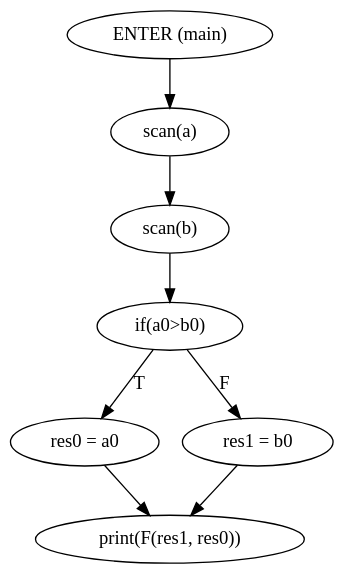
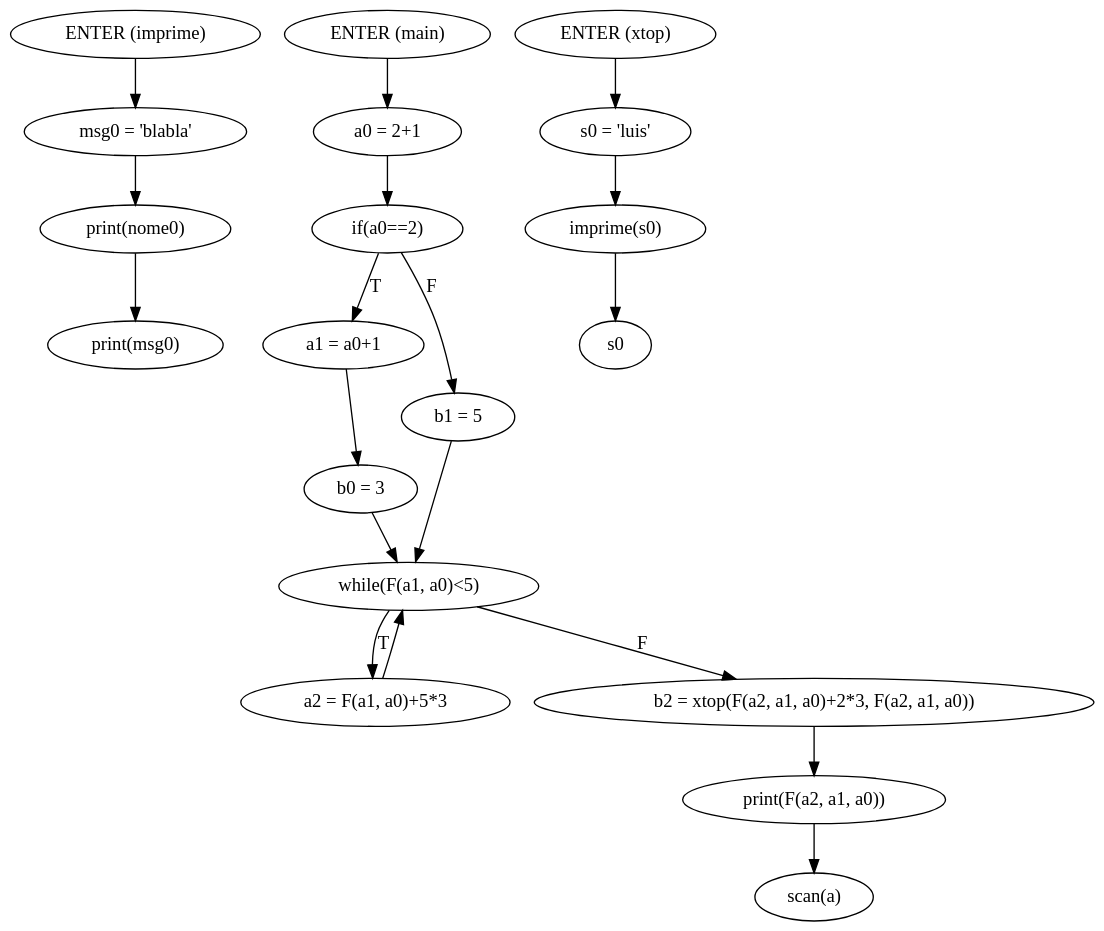
The diagram in Final/Cmb/WebSite/Gramatica/output/ssa.gv (MiguelCosta/ATS), drawn with Graphviz before and after one commit. The commit also changed 162 other files, not shown here.

```diff
--- a/Final/Cmb/WebSite/Gramatica/output/ssa.gv
+++ b/Final/Cmb/WebSite/Gramatica/output/ssa.gv
@@ -1,17 +1,40 @@
 digraph mainmapSSA {
 graph [bgcolor=transparent];
-"ENTER (main)"[label="ENTER (main)"];
+"ENTER (imprime)"[label="ENTER (imprime)"];
+"msg = 'blabla'"[label="msg0 = 'blabla'"];
+"print(nome)"[label="print(nome0)"];
+"print(msg)"[label="print(msg0)"];
+"ENTER (imprime)" -> "msg = 'blabla'";
+	"msg = 'blabla'" -> "print(nome)";
+	"print(nome)" -> "print(msg)";
+	"ENTER (main)"[label="ENTER (main)"];
+"a = 2+1"[label="a0 = 2+1"];
+"if(a==2)"[label="if(a0==2)"];
+"a = a+1"[label="a1 = a0+1"];
+"b = 3"[label="b0 = 3"];
+"b = 5"[label="b1 = 5"];
+"while(a<5)"[label="while(F(a1, a0)<5)"];
+"a = a+5*3"[label="a2 = F(a1, a0)+5*3"];
+"b = xtop(a+2*3, a)"[label="b2 = xtop(F(a2, a1, a0)+2*3, F(a2, a1, a0))"];
+"print(a)"[label="print(F(a2, a1, a0))"];
 "scan(a)"[label="scan(a)"];
-"scan(b)"[label="scan(b)"];
-"if(a>b)"[label="if(a0>b0)"];
-"res = a"[label="res0 = a0"];
-"res = b"[label="res1 = b0"];
-"print(res)"[label="print(F(res1, res0))"];
-"ENTER (main)" -> "scan(a)";
-	"scan(a)" -> "scan(b)";
-	"scan(b)" -> "if(a>b)";
-	"if(a>b)" -> "res = a"[label="T"];
-	"if(a>b)" -> "res = b"[label="F"];
-	"res = a" -> "print(res)";
-	"res = b" -> "print(res)";
+"ENTER (main)" -> "a = 2+1";
+	"a = 2+1" -> "if(a==2)";
+	"if(a==2)" -> "a = a+1"[label="T"];
+	"if(a==2)" -> "b = 5"[label="F"];
+	"a = a+1" -> "b = 3";
+	"b = 3" -> "while(a<5)";
+	"b = 5" -> "while(a<5)";
+	"while(a<5)" -> "a = a+5*3"[label="T"];
+	"while(a<5)" -> "b = xtop(a+2*3, a)"[label="F"];
+	"a = a+5*3" -> "while(a<5)";
+	"b = xtop(a+2*3, a)" -> "print(a)";
+	"print(a)" -> "scan(a)";
+	"ENTER (xtop)"[label="ENTER (xtop)"];
+"s = 'luis'"[label="s0 = 'luis'"];
+"imprime(s)"[label="imprime(s0)"];
+"return s"[label="s0"];
+"ENTER (xtop)" -> "s = 'luis'";
+	"s = 'luis'" -> "imprime(s)";
+	"imprime(s)" -> "return s";
 	}
```
